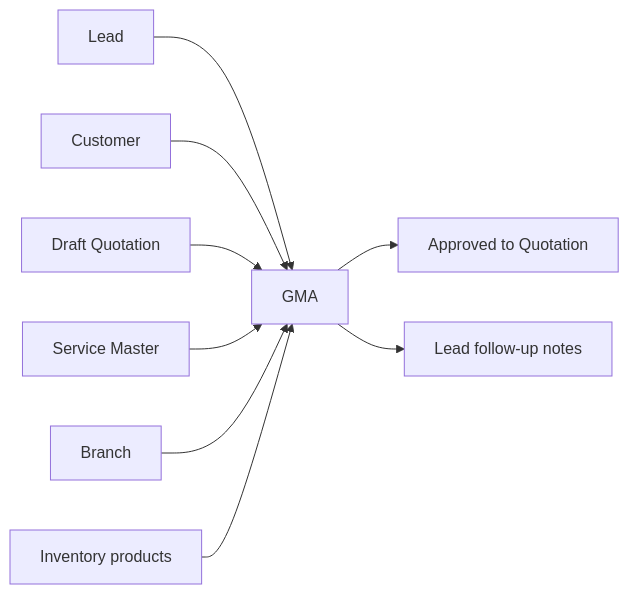
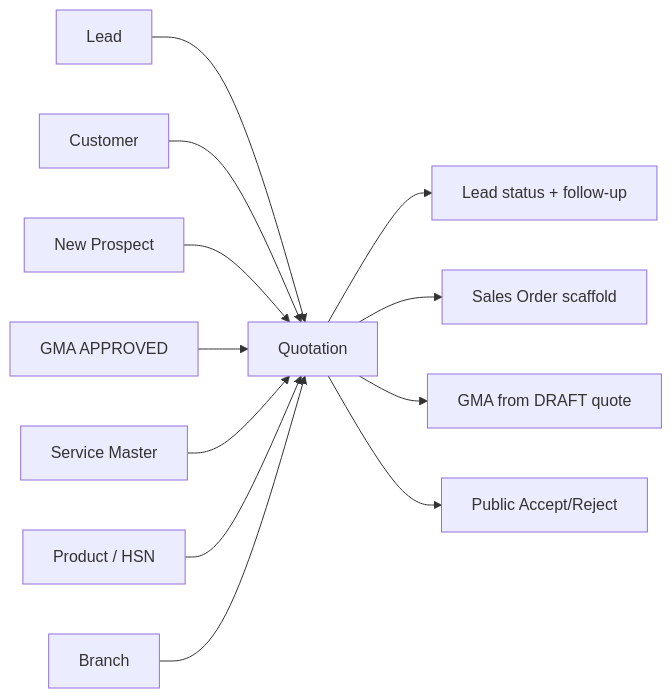
Before and after one commit to Aurifex-Innovations/ERP_docs: the fourth of 4 diagrams in v0_final_docs/gma-management.md, drawn with Mermaid. The commit also changed other lines of this file, not shown here.

````diff
--- a/v0_final_docs/gma-management.md
+++ b/v0_final_docs/gma-management.md
@@ -426,11 +521,14 @@
 ```mermaid
 flowchart LR
-  lead["Lead"] --> gma["GMA"]
-  customer["Customer"] --> gma
-  quotationDraft["Draft Quotation"] --> gma
-  serviceMaster["Service Master"] --> gma
-  branchMaster["Branch"] --> gma
-  inventory["Inventory products"] --> gma
-  gma --> approvedQuote["Approved to Quotation"]
-  gma --> leadNotes["Lead follow-up notes"]
+  lead[Lead] --> quotation[Quotation]
+  customer[Customer] --> quotation
+  prospect[New Prospect] --> quotation
+  gma[GMA APPROVED] --> quotation
+  service[Service Master] --> quotation
+  product[Product / HSN] --> quotation
+  branch[Branch] --> quotation
+  quotation --> leadSync[Lead status + follow-up]
+  quotation --> so[Sales Order scaffold]
+  quotation --> gmaDraft[GMA from DRAFT quote]
+  quotation --> publicClient[Public Accept/Reject]
 ```
````
